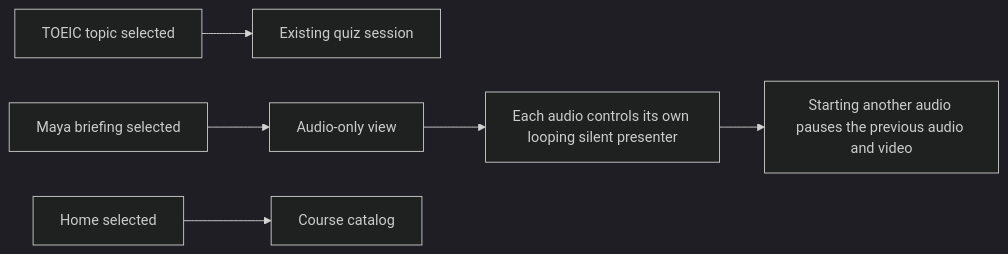
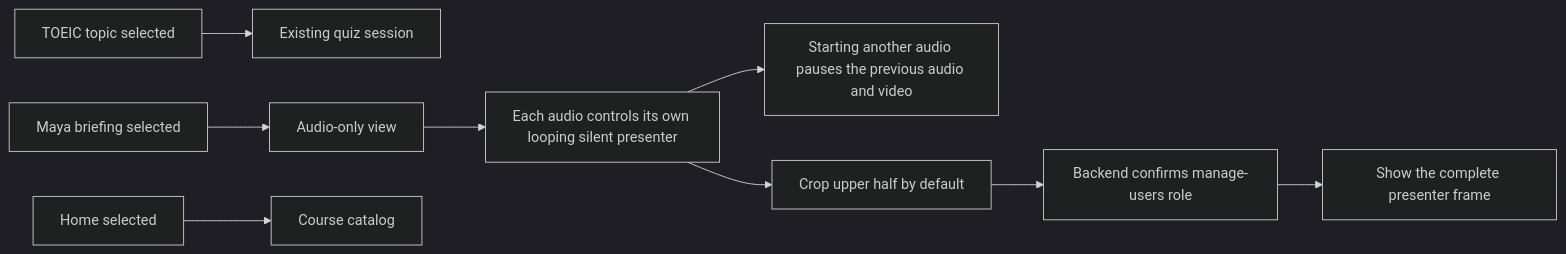
Before and after one commit to Vinskao/ty-multiverse: the second of 2 diagrams in docs/LEARNING_CATALOG.md, drawn with Mermaid (dark theme). The commit also changed other lines of this file and 4 other files, not shown here.

````diff
--- a/docs/LEARNING_CATALOG.md
+++ b/docs/LEARNING_CATALOG.md
@@ -36,8 +36,11 @@
 ```mermaid
 flowchart LR
   A[TOEIC topic selected] --> B[Existing quiz session]
   C[Maya briefing selected] --> D[Audio-only view]
   D --> G[Each audio controls its own looping silent presenter]
   G --> H[Starting another audio pauses the previous audio and video]
+  G --> I[Crop upper half by default]
+  I --> J[Backend confirms manage-users role]
+  J --> K[Show the complete presenter frame]
   E[Home selected] --> F[Course catalog]
 ```
````
